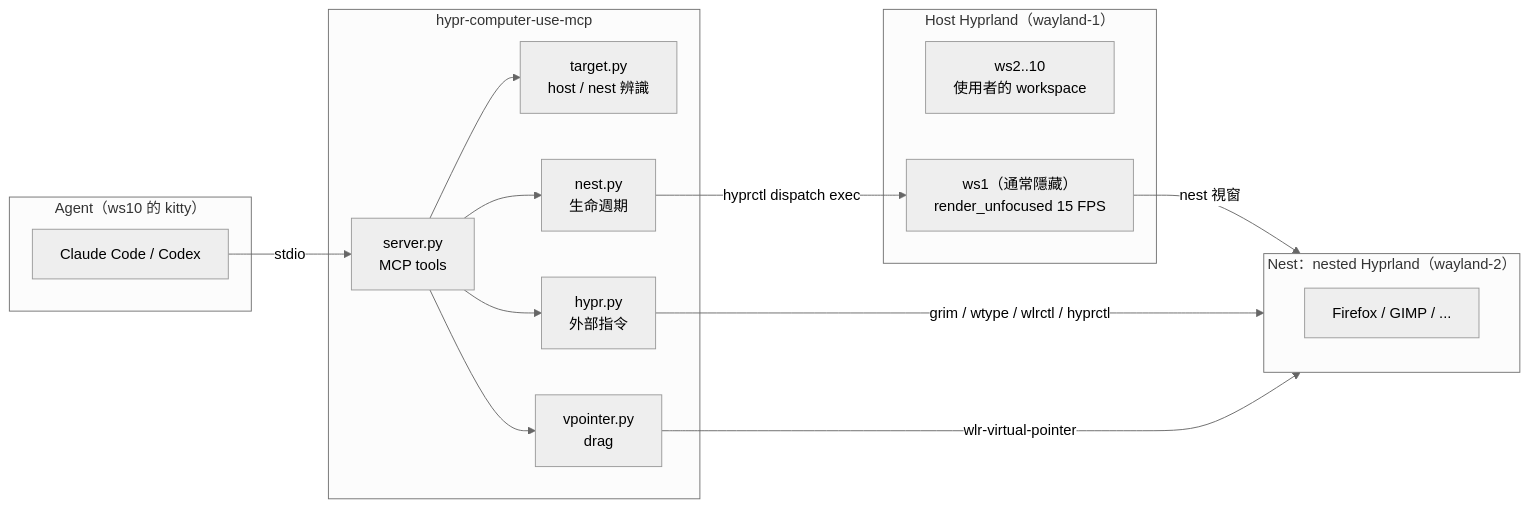
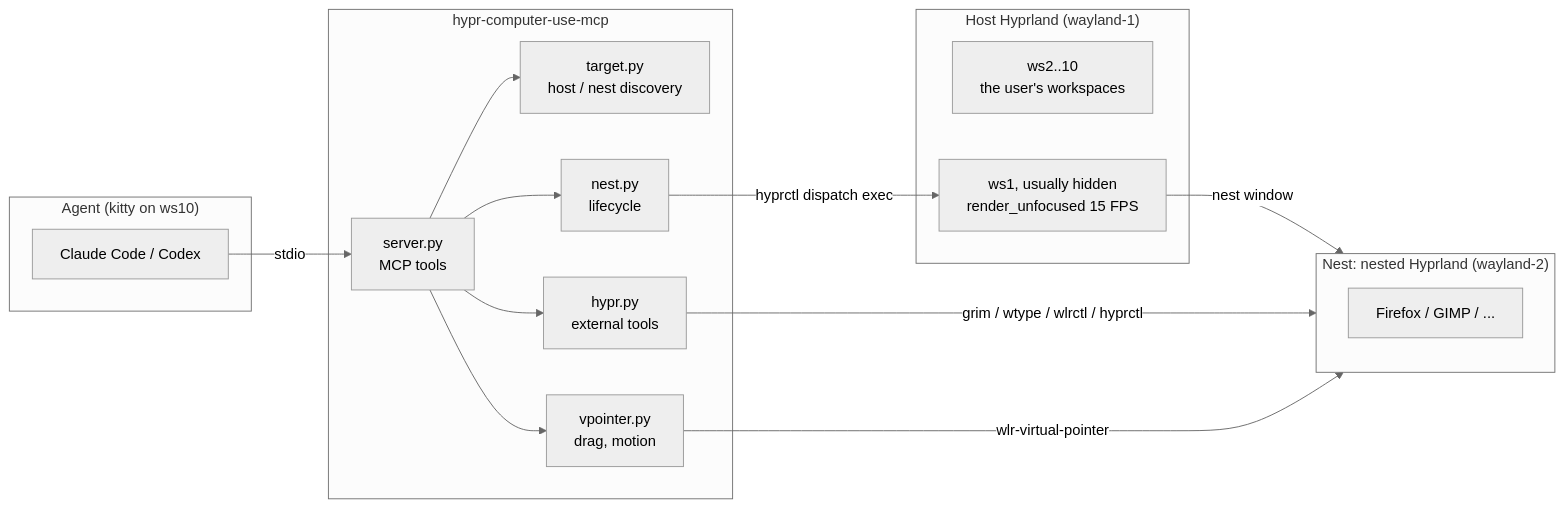
The first of 2 diagrams in docs/architecture.md (jason9075/hypr-computer-use-mcp), drawn with Mermaid (neutral theme) before and after one commit. The commit also changed other lines of this file and 6 other files, not shown here.

````diff
--- a/docs/architecture.md
+++ b/docs/architecture.md
@@ -5,27 +5,27 @@
 ```mermaid
 flowchart LR
-  subgraph agent["Agent（ws10 的 kitty）"]
+  subgraph agent["Agent (kitty on ws10)"]
     CC[Claude Code / Codex]
   end
   subgraph server["hypr-computer-use-mcp"]
     S[server.py<br/>MCP tools]
-    T[target.py<br/>host / nest 辨識]
-    R[nest.py<br/>生命週期]
-    H[hypr.py<br/>外部指令]
-    V[vpointer.py<br/>drag]
+    T[target.py<br/>host / nest discovery]
+    R[nest.py<br/>lifecycle]
+    H[hypr.py<br/>external tools]
+    V[vpointer.py<br/>drag, motion]
   end
-  subgraph host["Host Hyprland（wayland-1）"]
-    HDMI[ws2..10<br/>使用者的 workspace]
-    WS1[ws1（通常隱藏）<br/>render_unfocused 15 FPS]
+  subgraph host["Host Hyprland (wayland-1)"]
+    HDMI[ws2..10<br/>the user's workspaces]
+    WS1[ws1, usually hidden<br/>render_unfocused 15 FPS]
   end
-  subgraph nest["Nest：nested Hyprland（wayland-2）"]
+  subgraph nest["Nest: nested Hyprland (wayland-2)"]
     APP[Firefox / GIMP / ...]
   end
 
   CC -- stdio --> S
   S --> T & R & H & V
   R -- hyprctl dispatch exec --> WS1
-  WS1 -- nest 視窗 --> nest
+  WS1 -- nest window --> nest
   H -- grim / wtype / wlrctl / hyprctl --> nest
   V -- wlr-virtual-pointer --> nest
 ```
````
